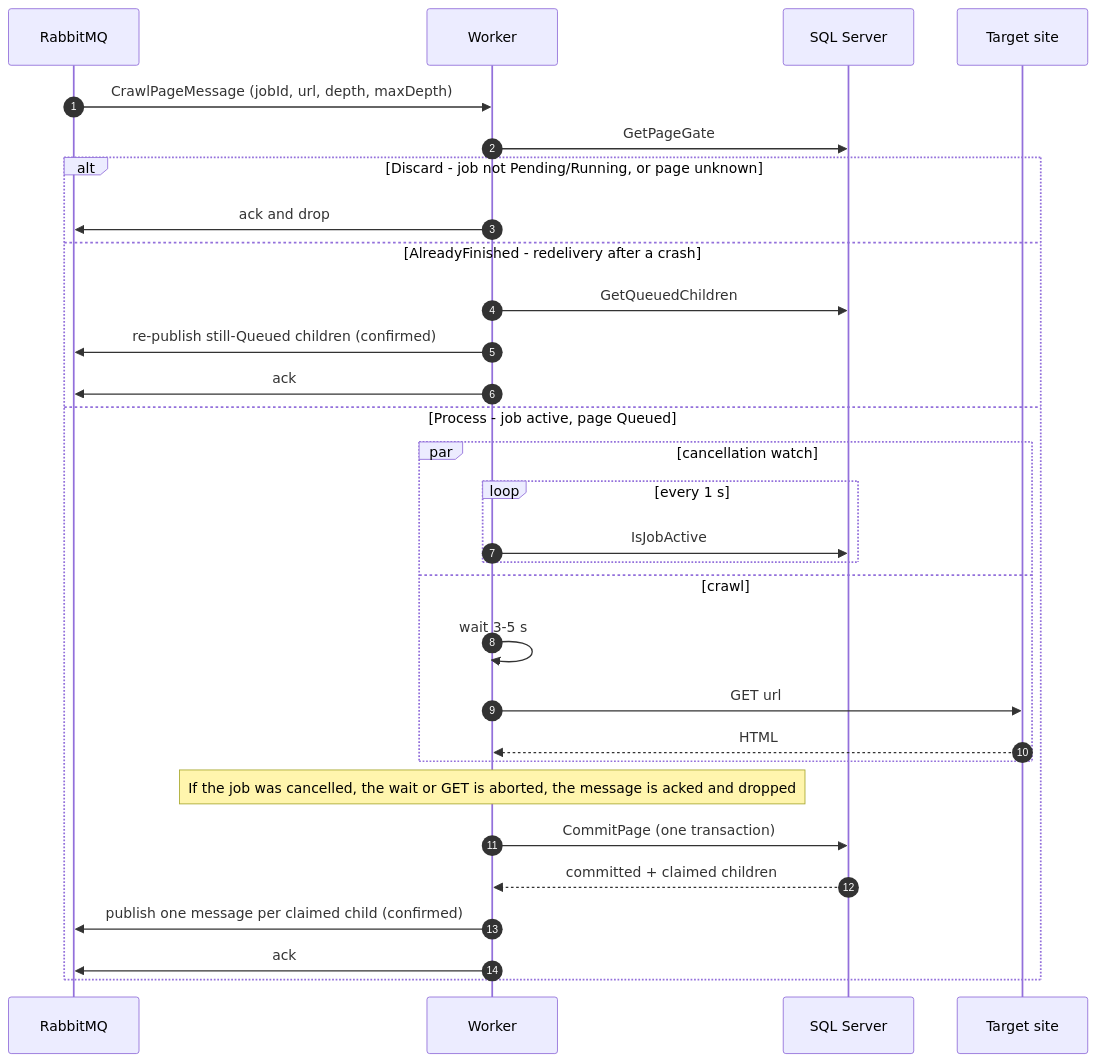
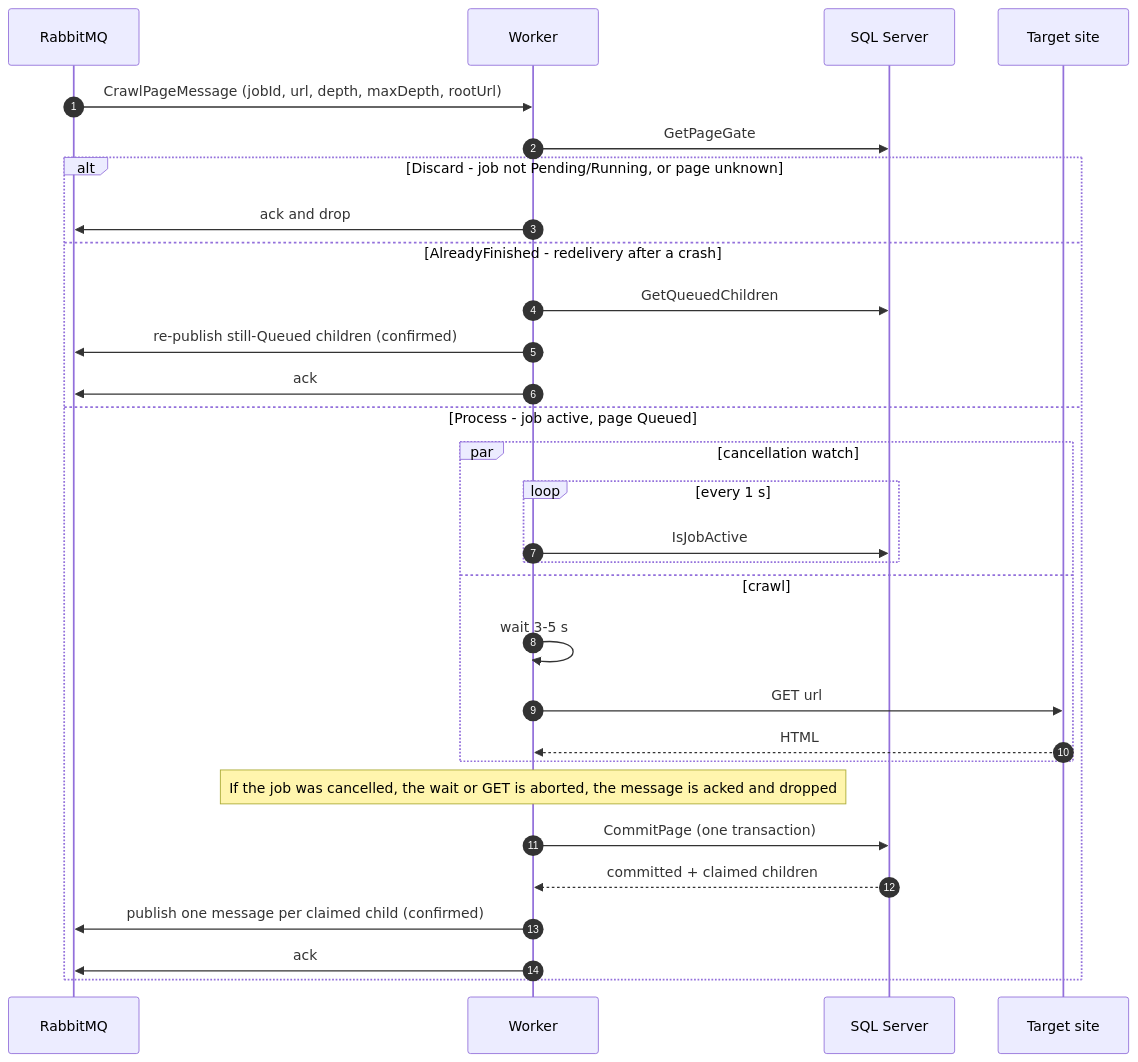
One commit to Darkanath/ha-alteva-web-crawl changed the second of 5 diagrams in dev_content/architecture_notes.md. Above: the diagram before and after it, drawn with Mermaid. The commit also changed other lines of this file and 20 other files, not shown here.

First line of the commit message:
feat: crawl recursively with one RabbitMQ message per page

````diff
--- a/dev_content/architecture_notes.md
+++ b/dev_content/architecture_notes.md
@@ -76,33 +77,33 @@
 ```mermaid
 sequenceDiagram
     autonumber
     participant Q as RabbitMQ
     participant W as Worker
     participant DB as SQL Server
     participant S as Target site
 
-    Q->>W: CrawlPageMessage (jobId, url, depth, maxDepth)
+    Q->>W: CrawlPageMessage (jobId, url, depth, maxDepth, rootUrl)
     W->>DB: GetPageGate
     alt Discard - job not Pending/Running, or page unknown
         W->>Q: ack and drop
     else AlreadyFinished - redelivery after a crash
         W->>DB: GetQueuedChildren
         W->>Q: re-publish still-Queued children (confirmed)
         W->>Q: ack
     else Process - job active, page Queued
         par cancellation watch
             loop every 1 s
                 W->>DB: IsJobActive
             end
         and crawl
             W->>W: wait 3-5 s
             W->>S: GET url
             S-->>W: HTML
         end
         Note over W: If the job was cancelled, the wait or GET is aborted, the message is acked and dropped
         W->>DB: CommitPage (one transaction)
         DB-->>W: committed + claimed children
         W->>Q: publish one message per claimed child (confirmed)
         W->>Q: ack
     end
 ```
````
